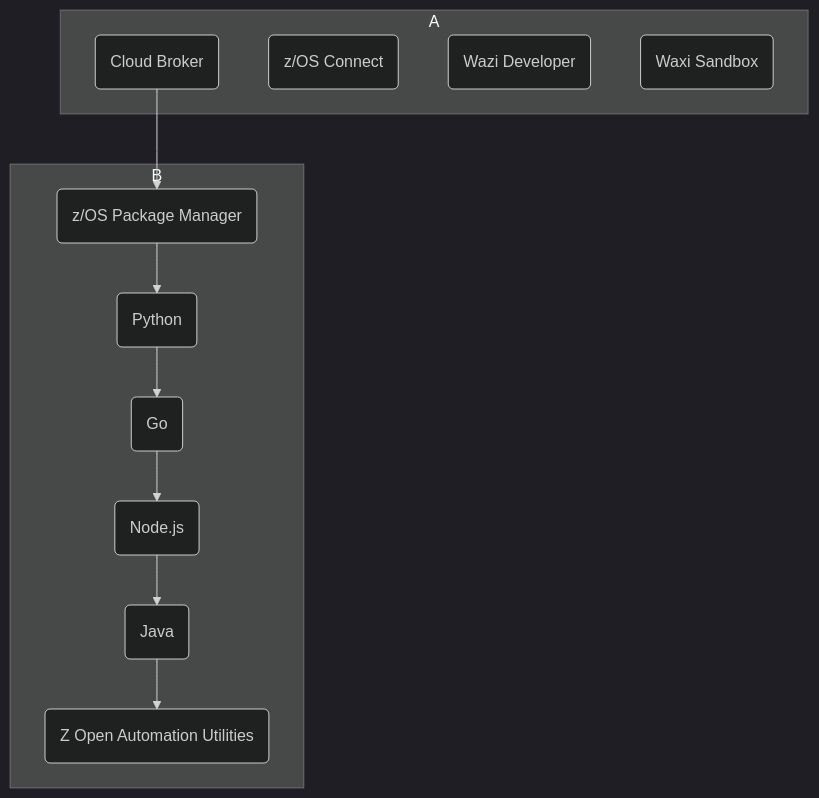
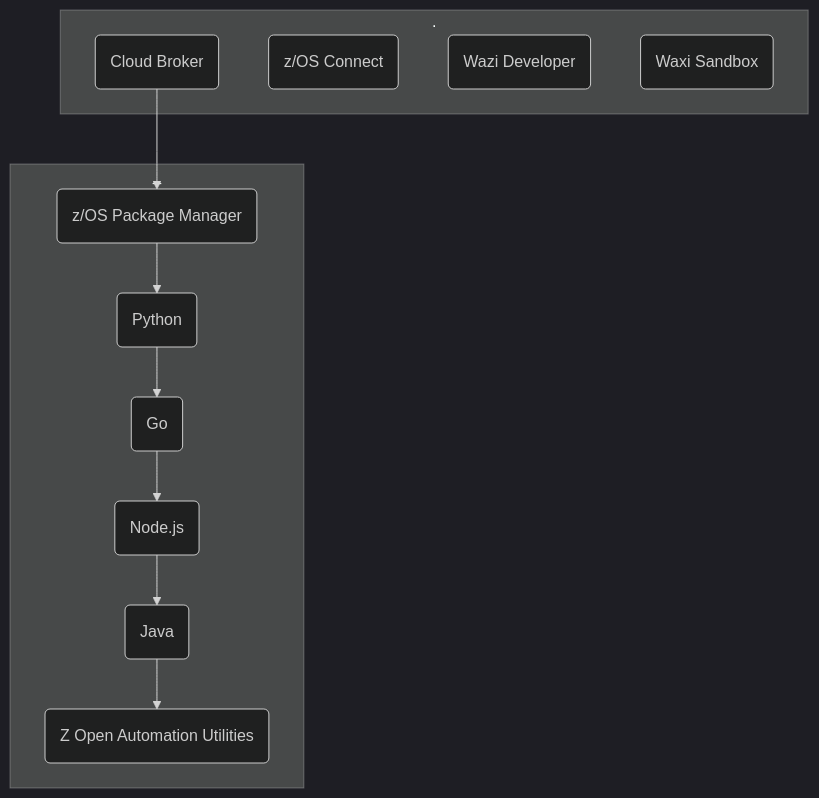
Before and after one commit to MikeFultonDev/mermexp: the diagram in my.md, drawn with Mermaid (dark theme).

````diff
--- a/my.md
+++ b/my.md
@@ -1,23 +1,23 @@
 ```mermaid
   graph TD;
-    subgraph A
+    subgraph .
       CB(Cloud Broker)
       zCEE(z/OS Connect)
       Dev(Wazi Developer)
       Sandbox(Waxi Sandbox)
     end
 
-    subgraph B   
+    subgraph _   
       zpm(z/OS Package Manager)
       python(Python)
       go(Go)
       node(Node.js)
       Java(Java)
       ZOAU(Z Open Automation Utilities)
       
       zpm --> python --> go --> node --> Java --> ZOAU
     end
     
     CB --> zpm
      
 ```
````
